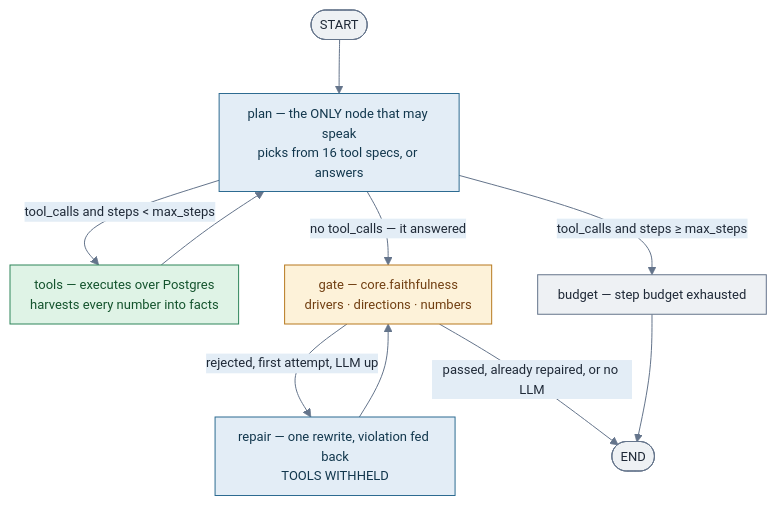
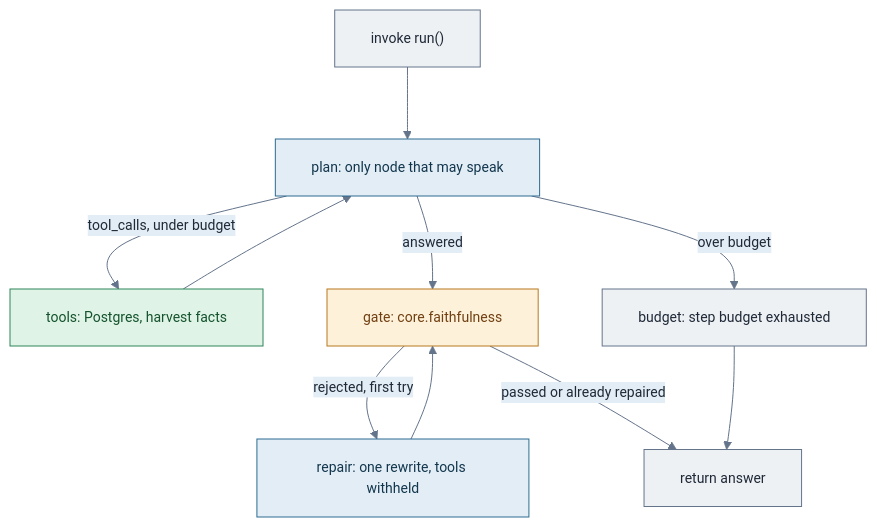
Before and after one commit to vamshi455/vrr-agent-open: the fifth of 21 diagrams in README.md, drawn with Mermaid. The commit also changed other lines of this file, not shown here.

First line of the commit message:
docs(readme): stop mermaid clipping StateGraph labels

````diff
--- a/README.md
+++ b/README.md
@@ -477,24 +477,25 @@
 ```mermaid
-%%{init: {'theme':'base','themeVariables':{'fontFamily':'ui-sans-serif, system-ui, -apple-system, sans-serif','fontSize':'13px','lineColor':'#64748b','primaryColor':'#eef1f4','primaryTextColor':'#1f2937','primaryBorderColor':'#64748b','secondaryColor':'#e3edf6','tertiaryColor':'#eef1f4'},'flowchart':{'htmlLabels':true,'padding':10,'nodeSpacing':46,'rankSpacing':54,'curve':'basis','useMaxWidth':true},'sequence':{'useMaxWidth':true,'boxMargin':8}}}%%
+%%{init: {'theme':'base','themeVariables':{'fontFamily':'arial, helvetica, sans-serif','fontSize':'14px','lineColor':'#64748b','primaryColor':'#eef1f4','primaryTextColor':'#1f2937','primaryBorderColor':'#64748b','secondaryColor':'#e3edf6','tertiaryColor':'#eef1f4'},'flowchart':{'htmlLabels':true,'padding':18,'nodeSpacing':64,'rankSpacing':72,'curve':'basis','useMaxWidth':true}}}%%
 flowchart TB
-    START(["START"]) --> PLAN
-    PLAN["plan — the ONLY node that may speak<br/>picks from 16 tool specs, or answers"]
-    PLAN -->|"tool_calls and steps &lt; max_steps"| TOOLS
-    PLAN -->|"no tool_calls — it answered"| GATE
-    PLAN -->|"tool_calls and steps ≥ max_steps"| BUDGET
-    TOOLS["tools — executes over Postgres<br/>harvests every number into facts"]
+    START["invoke run()"] --> PLAN
+    PLAN["plan: only node that may speak"]
+    PLAN -->|"tool_calls, under budget"| TOOLS
+    PLAN -->|"answered"| GATE
+    PLAN -->|"over budget"| BUDGET
+    TOOLS["tools: Postgres, harvest facts"]
     TOOLS --> PLAN
-    GATE["gate — core.faithfulness<br/>drivers · directions · numbers"]
-    GATE -->|"rejected, first attempt, LLM up"| REPAIR
-    GATE -->|"passed, already repaired, or no LLM"| FIN(["END"])
-    REPAIR["repair — one rewrite, violation fed back<br/>TOOLS WITHHELD"]
+    GATE["gate: core.faithfulness"]
+    GATE -->|"rejected, first try"| REPAIR
+    GATE -->|"passed or already repaired"| FIN
+    REPAIR["repair: one rewrite, tools withheld"]
     REPAIR --> GATE
-    BUDGET["budget — step budget exhausted"] --> FIN
+    BUDGET["budget: step budget exhausted"] --> FIN
+    FIN["return answer"]
 
     classDef data fill:#e3edf6,stroke:#2d6b91,stroke-width:1px,color:#12374d;
     classDef ok fill:#dff3e6,stroke:#2f855a,stroke-width:1px,color:#14532d;
     classDef warn fill:#fdf2d9,stroke:#b7791f,stroke-width:1px,color:#713f12;
     class PLAN,REPAIR data;
     class TOOLS ok;
     class GATE warn;
 ```
````
